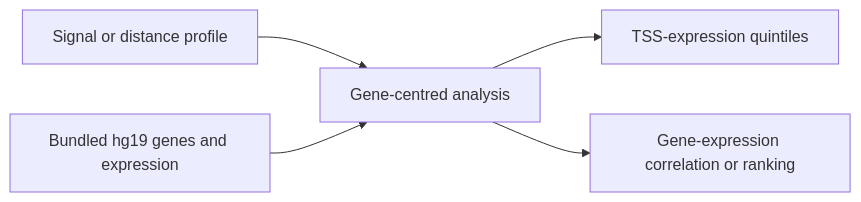
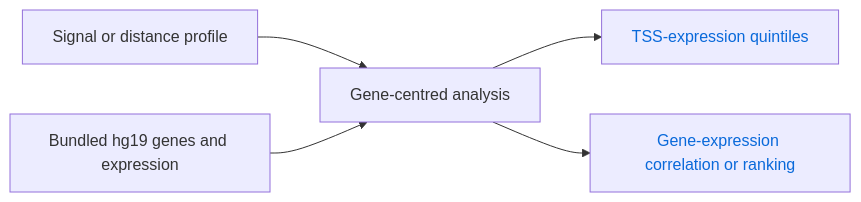
Diagram 14 of 16 in docs/WORKFLOWS.md (adjohnston85/NucleoSuite), drawn with Mermaid before and after one commit. The commit also changed other lines of this file and 9 other files, not shown here.

````diff
--- a/docs/WORKFLOWS.md
+++ b/docs/WORKFLOWS.md
@@ -319,7 +375,12 @@
 ```mermaid
 flowchart LR
     A[Signal or distance profile] --> C[Gene-centred analysis]
     B[Bundled hg19 genes and expression] --> C
     C --> D[TSS-expression quintiles]
     C --> E[Gene-expression correlation or ranking]
+
+    classDef commandLink color:#0969da,text-decoration:none;
+    class D,E commandLink;
+    click D href "https://github.com/adjohnston85/NucleoSuite/blob/main/docs/commands/tss-expression-quintiles.md" "Open tss-expression-quintiles documentation"
+    click E href "https://github.com/adjohnston85/NucleoSuite/blob/main/docs/commands/gene-expression.md" "Open gene-expression documentation"
 ```
````
